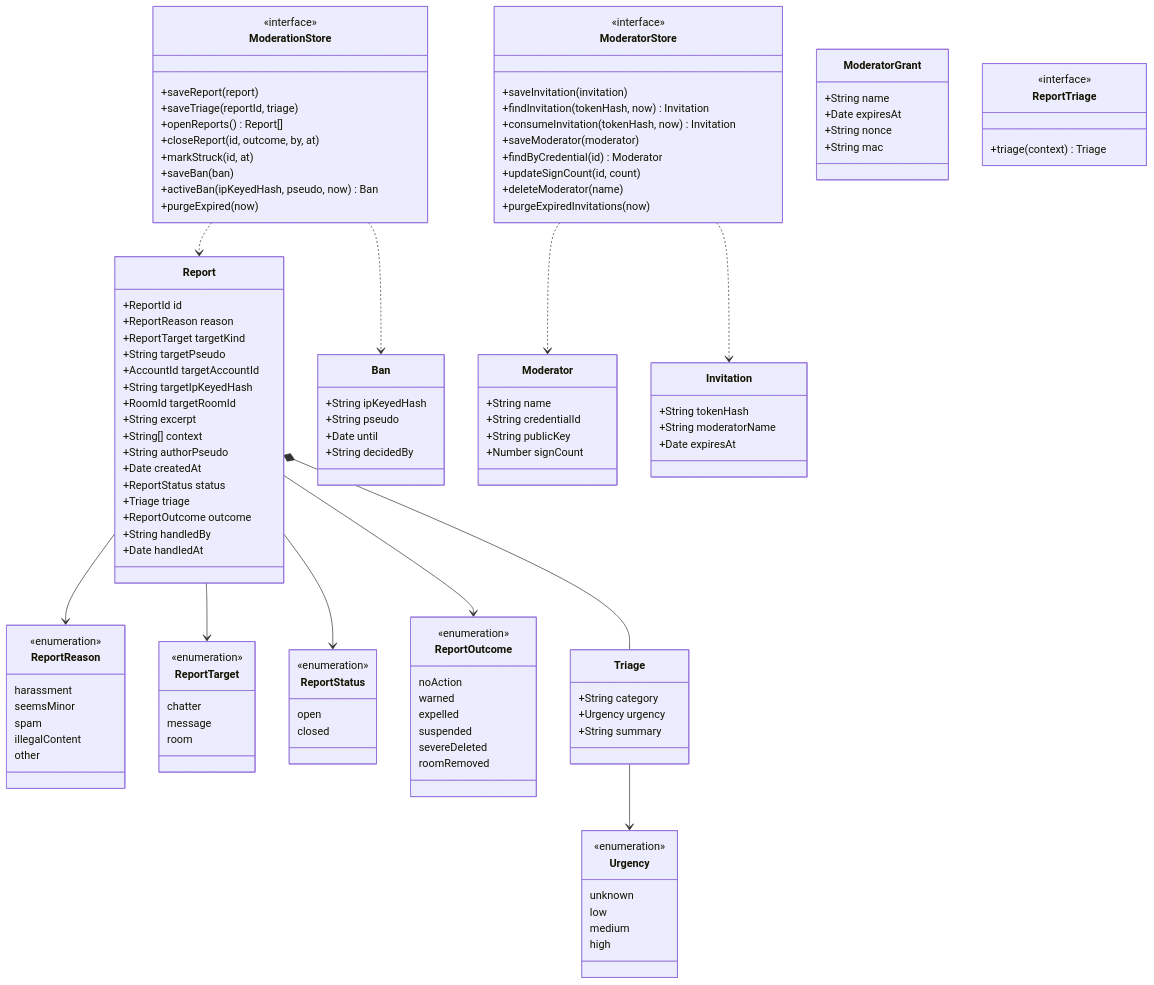
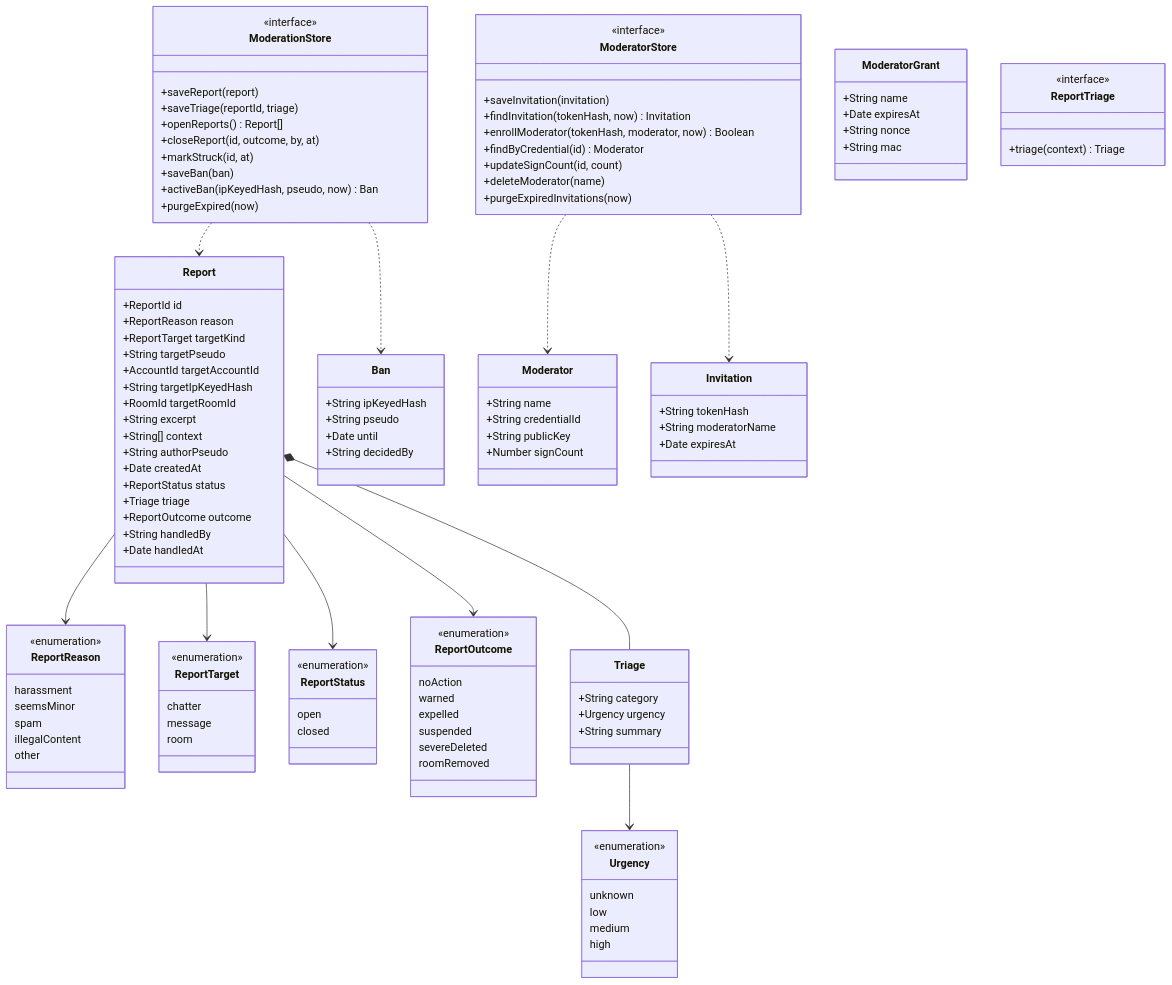
The diagram in docs/architecture/diagrams/moderation/04-class.md (benoit-bremaud/asv), drawn with Mermaid before and after one commit. The commit also changed other lines of this file and 50 other files, not shown here.

```diff
--- a/docs/architecture/diagrams/moderation/04-class.md
+++ b/docs/architecture/diagrams/moderation/04-class.md
@@ -103,8 +103,7 @@
     <<interface>>
     +saveInvitation(invitation)
     +findInvitation(tokenHash, now) Invitation
-    +consumeInvitation(tokenHash, now) Invitation
-    +saveModerator(moderator)
+    +enrollModerator(tokenHash, moderator, now) Boolean
     +findByCredential(id) Moderator
     +updateSignCount(id, count)
     +deleteModerator(name)
```
